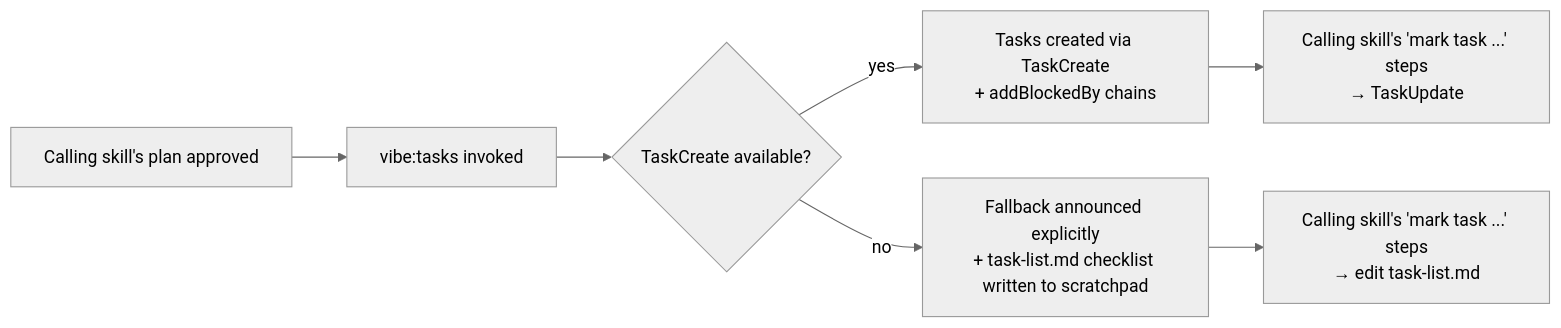
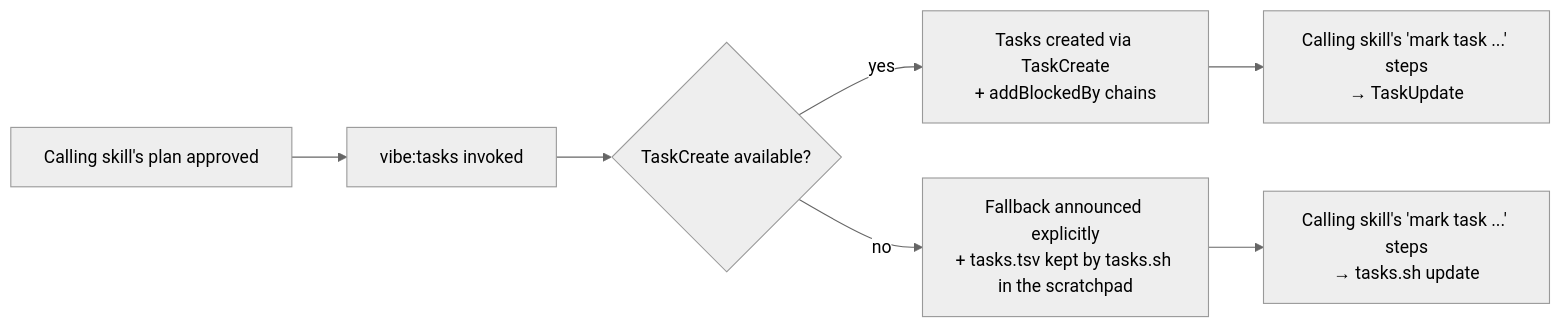
Before and after one commit to neolao/claude-plugin-vibe: the second of 7 diagrams in docs/workflows.md, drawn with Mermaid (neutral theme). The commit also changed other lines of this file and 30 other files, not shown here.

````diff
--- a/docs/workflows.md
+++ b/docs/workflows.md
@@ -37,9 +37,9 @@
 ```mermaid
 flowchart LR
     S["Calling skill's plan approved"] --> T["vibe:tasks invoked"]
     T --> A{"TaskCreate available?"}
     A -- yes --> C["Tasks created via TaskCreate<br/>+ addBlockedBy chains"]
-    A -- no --> F["Fallback announced explicitly<br/>+ task-list.md checklist written to scratchpad"]
+    A -- no --> F["Fallback announced explicitly<br/>+ tasks.tsv kept by tasks.sh in the scratchpad"]
     C --> M["Calling skill's 'mark task ...' steps<br/>→ TaskUpdate"]
-    F --> N["Calling skill's 'mark task ...' steps<br/>→ edit task-list.md"]
+    F --> N["Calling skill's 'mark task ...' steps<br/>→ tasks.sh update"]
 ```
````
